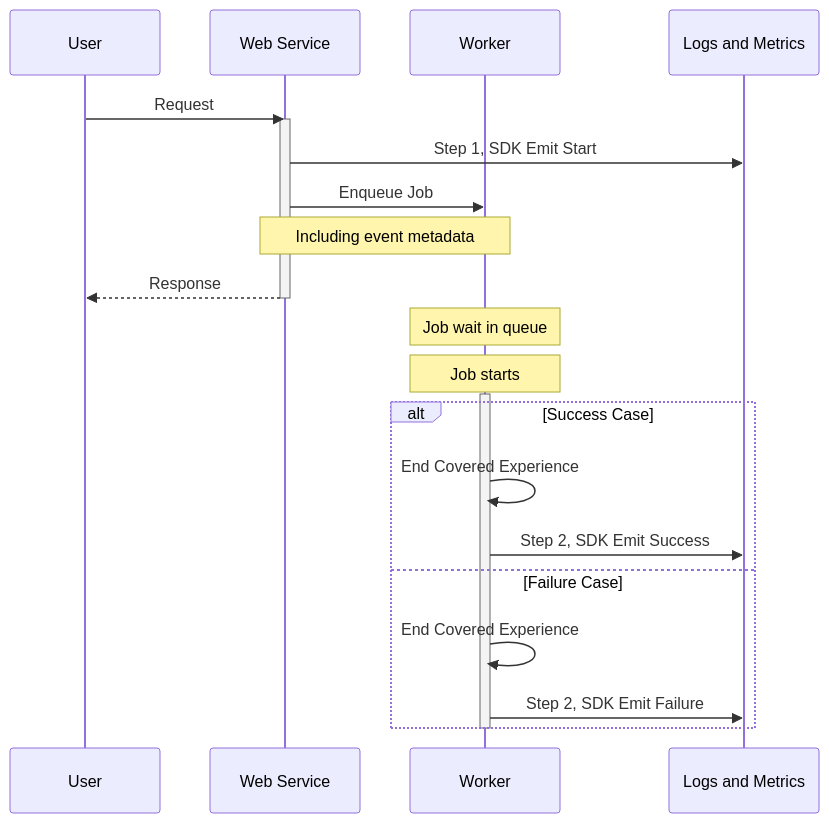
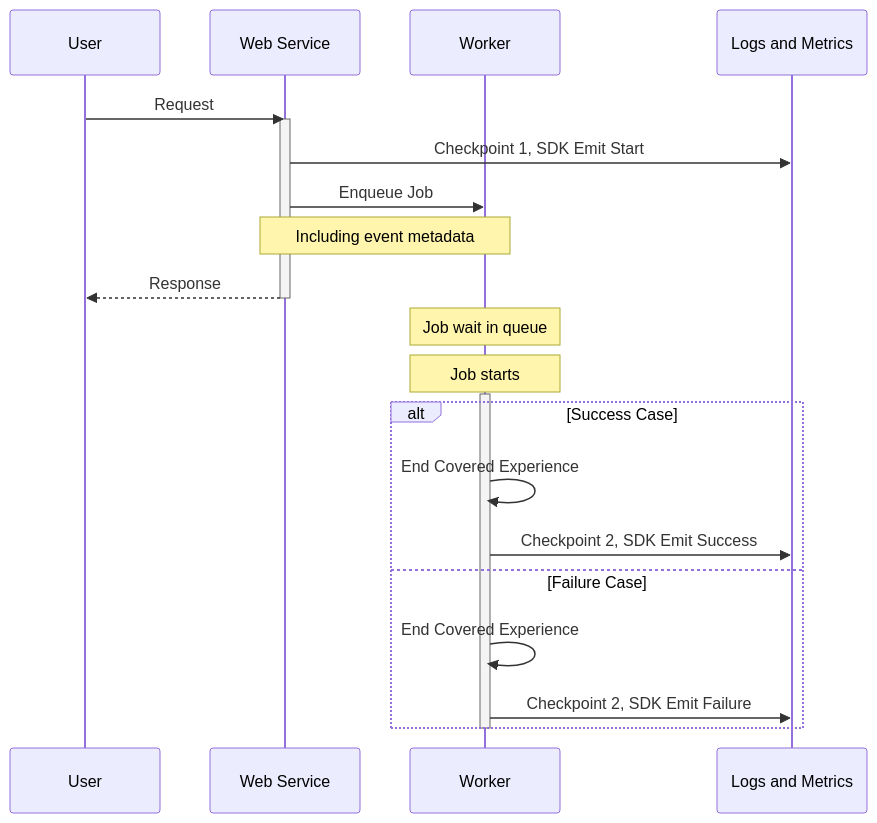
Before and after one commit to zalyoung/gitlab-handbook: the second of 2 diagrams in content/handbook/engineering/architecture/design-documents/covered_experience_slis/_index.md, drawn with Mermaid. The commit also changed other lines of this file, not shown here.

Commit message:
refactor: Renaming step to checkpoint to keep consistency

````diff
--- a/content/handbook/engineering/architecture/design-documents/covered_experience_slis/_index.md
+++ b/content/handbook/engineering/architecture/design-documents/covered_experience_slis/_index.md
@@ -104,34 +104,34 @@
 ```mermaid
 sequenceDiagram
     participant User
     participant Web as Web Service
     participant Worker
     participant Event as Logs and Metrics
 
     User->>Web: Request
     activate Web
 
-    Web->>Event: Step 1, SDK Emit Start
+    Web->>Event: Checkpoint 1, SDK Emit Start
     Web->>Worker: Enqueue Job
     %% enqueued job will have all the Covered Experience relevant context,
-    %% such as `covered_experience_event_id`, `user_journey_event_id`, and so on
+    %% such as `correlation_id`, for example
     Note over Web,Worker: Including event metadata
     Web-->>User: Response
     deactivate Web
 
     Note over Worker: Job wait in queue
 
     Note over Worker: Job starts
     activate Worker
 
     alt Success Case
         Worker->>Worker: End Covered Experience
-        Worker->>Event: Step 2, SDK Emit Success
+        Worker->>Event: Checkpoint 2, SDK Emit Success
     else Failure Case
         Worker->>Worker: End Covered Experience
-        Worker->>Event: Step 2, SDK Emit Failure
+        Worker->>Event: Checkpoint 2, SDK Emit Failure
     end
 
     deactivate Worker
 
 ```
````
